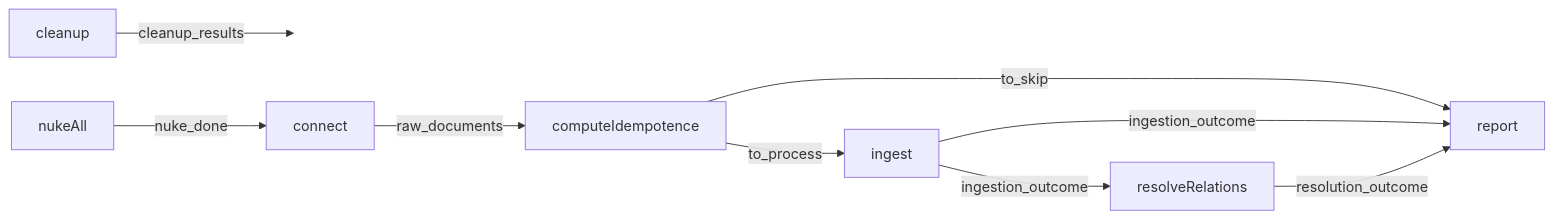
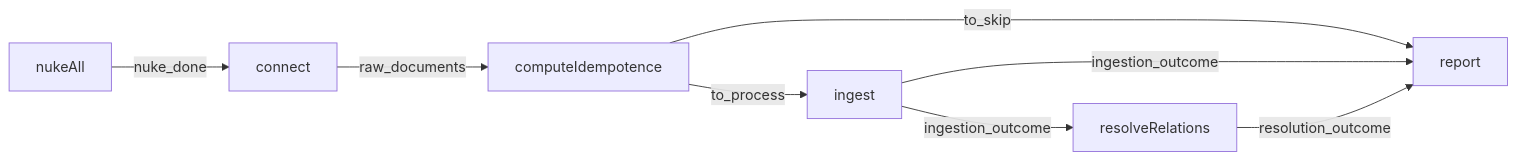
One commit to nmoutou/murphy changed the diagram in docs/technical/data/ARCHITECTURE.md. Above: the diagram before and after it, drawn with Mermaid. The commit also changed 12 other files, not shown here.

````diff
--- a/docs/technical/data/ARCHITECTURE.md
+++ b/docs/technical/data/ARCHITECTURE.md
@@ -38,12 +38,10 @@
 ```mermaid
 flowchart LR
-    cleanup --> |cleanup_results| Z[ ]:::invis
     nukeAll -- nuke_done --> connect
     connect -- raw_documents --> computeIdempotence
     computeIdempotence -- to_process --> ingest
     computeIdempotence -- to_skip --> report
     ingest -- ingestion_outcome --> resolveRelations
     ingest -- ingestion_outcome --> report
     resolveRelations -- resolution_outcome --> report
-    classDef invis fill:none,stroke:none
 ```
````
